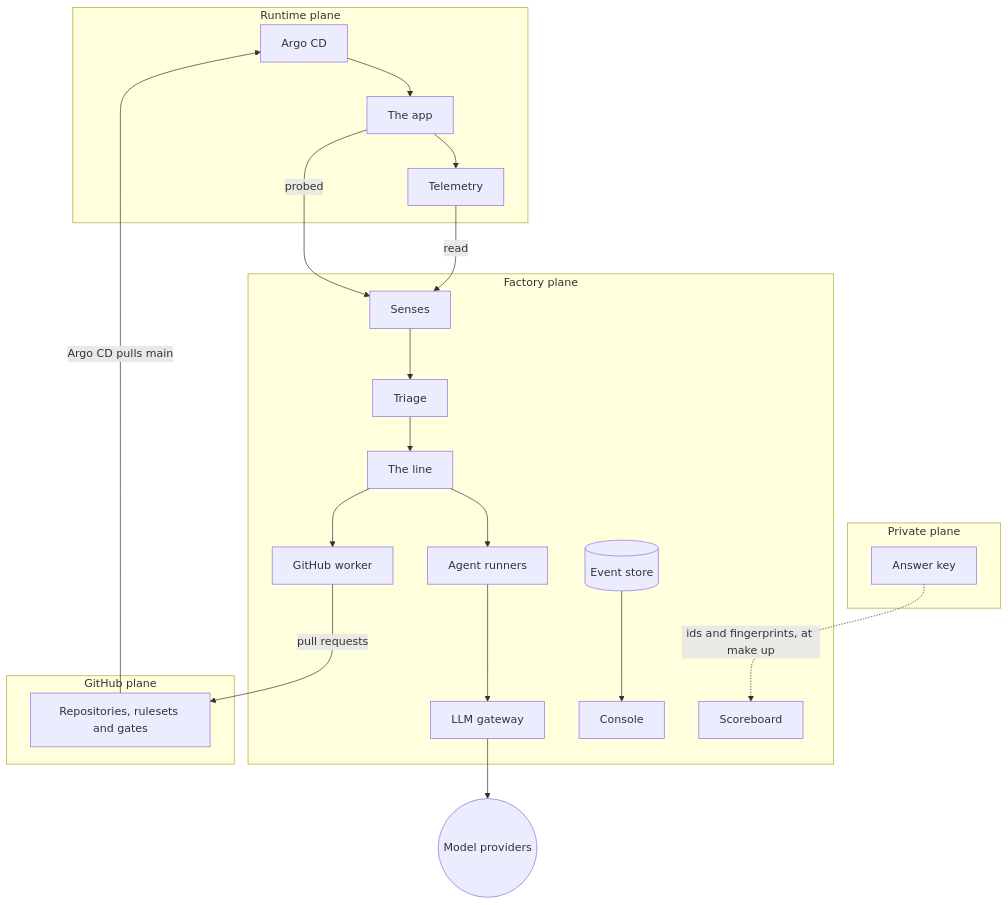
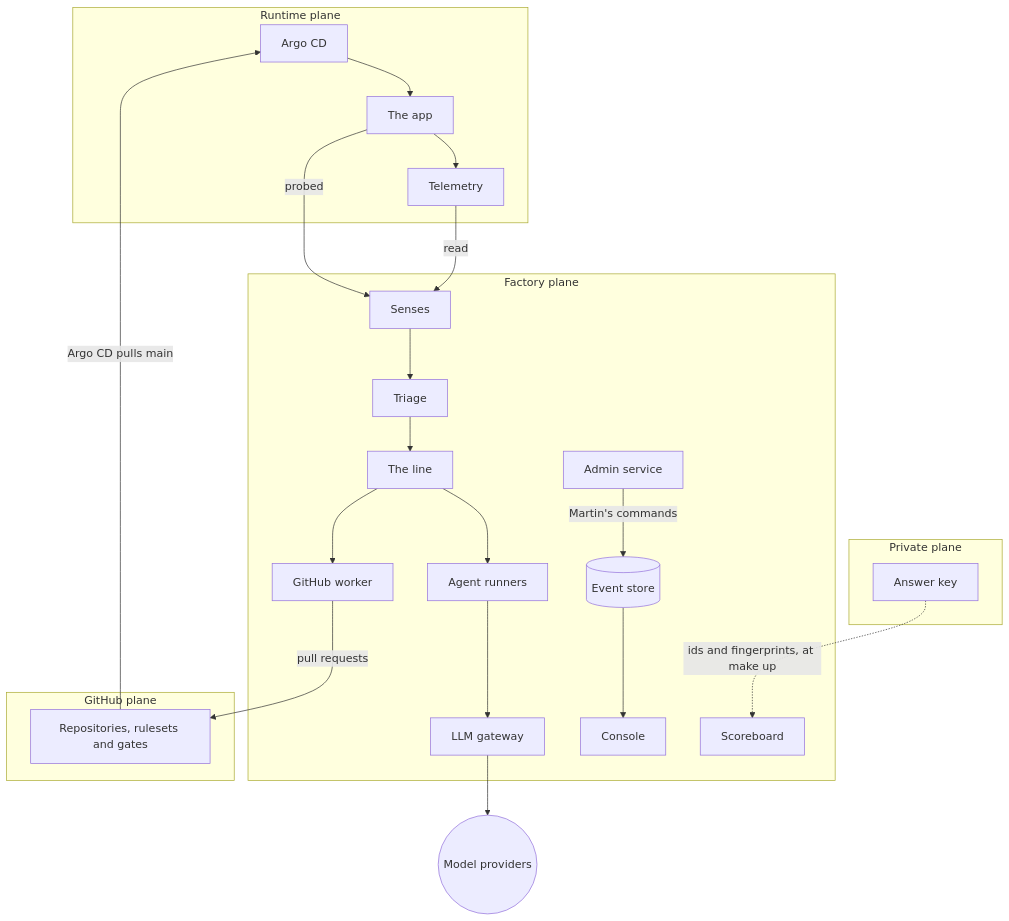
Before and after one commit to mrogan/cv-software-factory: the diagram in docs/COMPONENTS/README.md, drawn with Mermaid. The commit also changed other lines of this file and 12 other files, not shown here.

````diff
--- a/docs/COMPONENTS/README.md
+++ b/docs/COMPONENTS/README.md
@@ -16,25 +16,26 @@
 ```mermaid
 flowchart TB
   subgraph runtime [Runtime plane]
     argo[Argo CD] --> app[The app] --> telemetry[Telemetry]
   end
   subgraph factory [Factory plane]
     senses[Senses] --> triage[Triage] --> line[The line]
     line --> runners[Agent runners] --> gateway[LLM gateway]
     line --> worker[GitHub worker]
     store[(Event store)] --> console[Console]
+    admin[Admin service] -- "Martin's commands" --> store
     scoreboard[Scoreboard]
   end
   subgraph github [GitHub plane]
     repos[Repositories, rulesets and gates]
   end
   subgraph private [Private plane]
     key[Answer key]
   end
   app -- probed --> senses
   telemetry -- read --> senses
   worker -- pull requests --> repos
   repos -- "Argo CD pulls main" --> argo
   gateway --> providers((Model providers))
   key -. "ids and fingerprints, at make up" .-> scoreboard
 ```
````
